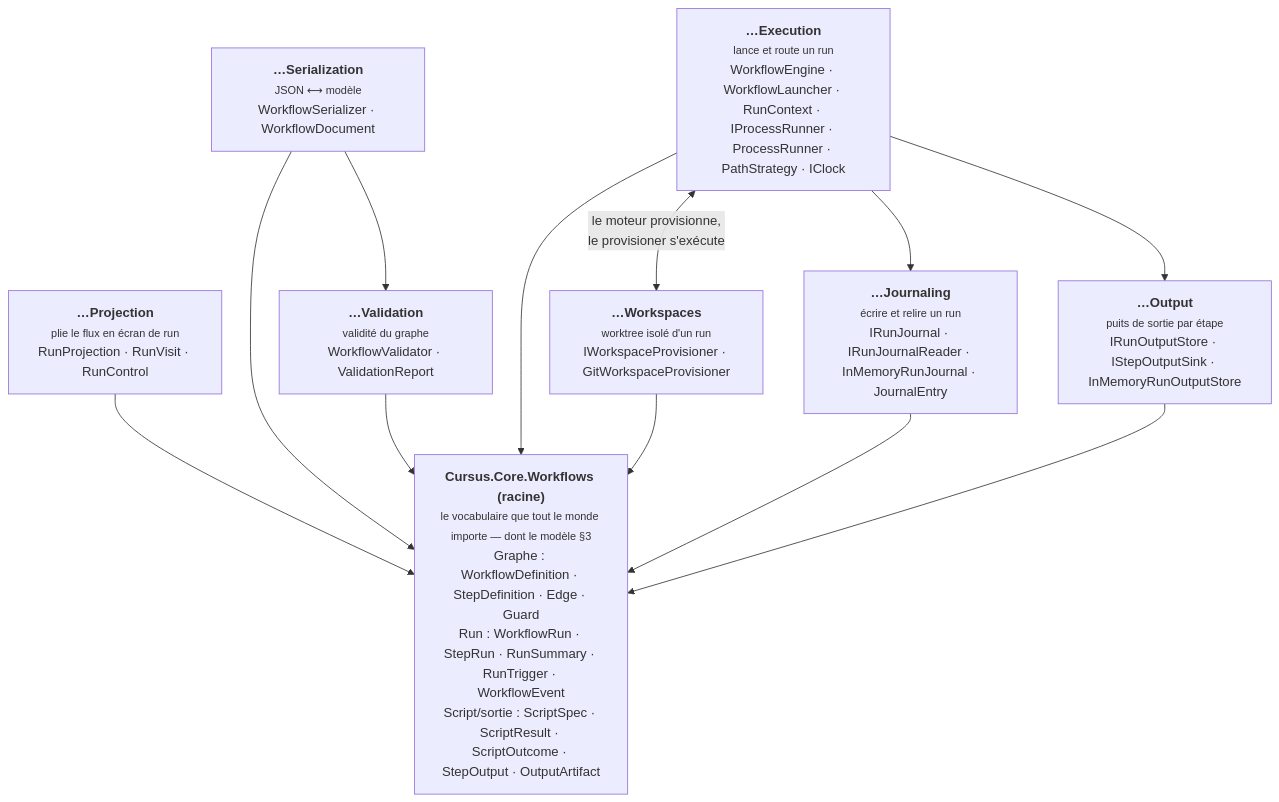
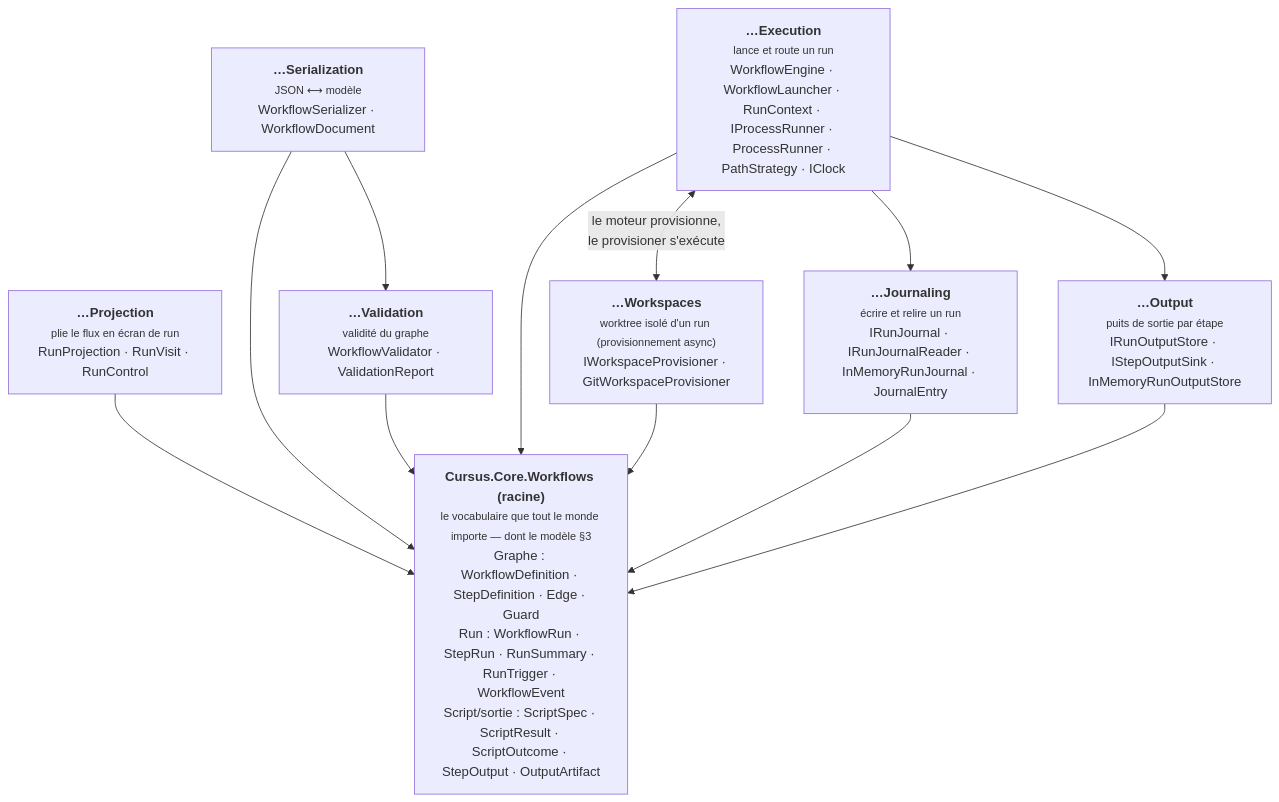
The fifth of 10 diagrams in docs/design/schemas.md (Apemb/Cursus), drawn with Mermaid before and after one commit. The commit also changed other lines of this file and 12 other files, not shown here.

````diff
--- a/docs/design/schemas.md
+++ b/docs/design/schemas.md
@@ -295,24 +295,24 @@
 ```mermaid
 flowchart TB
   root["<b>Cursus.Core.Workflows (racine)</b><br/><small>le vocabulaire que tout le monde importe — dont le modèle §3</small><br/>Graphe : WorkflowDefinition · StepDefinition · Edge · Guard<br/>Run : WorkflowRun · StepRun · RunSummary · RunTrigger · WorkflowEvent<br/>Script/sortie : ScriptSpec · ScriptResult · ScriptOutcome · StepOutput · OutputArtifact"]
 
   Exec["<b>…Execution</b><br/><small>lance et route un run</small><br/>WorkflowEngine · WorkflowLauncher · RunContext · IProcessRunner · ProcessRunner · PathStrategy · IClock"]
   Proj["<b>…Projection</b><br/><small>plie le flux en écran de run</small><br/>RunProjection · RunVisit · RunControl"]
   Ser["<b>…Serialization</b><br/><small>JSON ⟷ modèle</small><br/>WorkflowSerializer · WorkflowDocument"]
   Val["<b>…Validation</b><br/><small>validité du graphe</small><br/>WorkflowValidator · ValidationReport"]
   Jou["<b>…Journaling</b><br/><small>écrire et relire un run</small><br/>IRunJournal · IRunJournalReader · InMemoryRunJournal · JournalEntry"]
   Out["<b>…Output</b><br/><small>puits de sortie par étape</small><br/>IRunOutputStore · IStepOutputSink · InMemoryRunOutputStore"]
-  Wsp["<b>…Workspaces</b><br/><small>worktree isolé d'un run</small><br/>IWorkspaceProvisioner · GitWorkspaceProvisioner"]
+  Wsp["<b>…Workspaces</b><br/><small>worktree isolé d'un run (provisionnement async)</small><br/>IWorkspaceProvisioner · GitWorkspaceProvisioner"]
 
   Exec --> root
   Proj --> root
   Ser --> root
   Val --> root
   Jou --> root
   Out --> root
   Wsp --> root
   Ser --> Val
   Exec <-->|"le moteur provisionne,<br/>le provisioner s'exécute"| Wsp
   Exec --> Jou
   Exec --> Out
 ```
````
